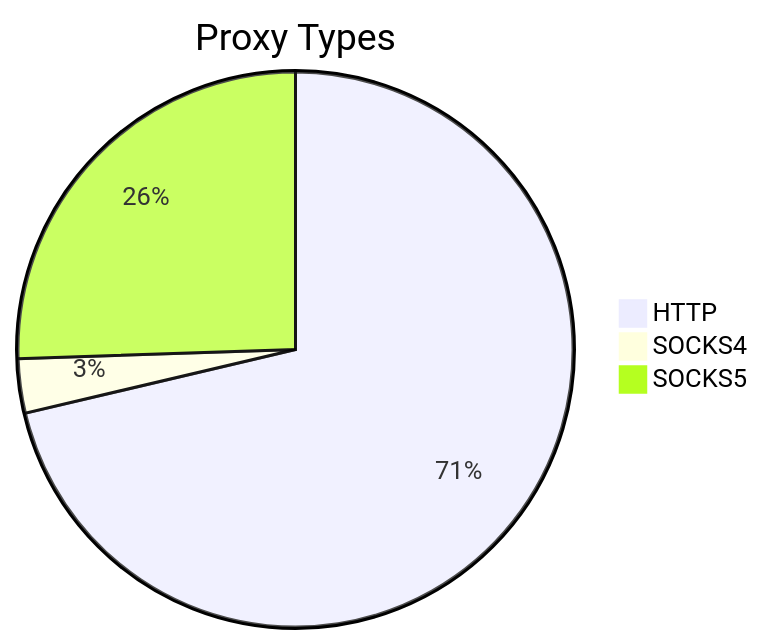
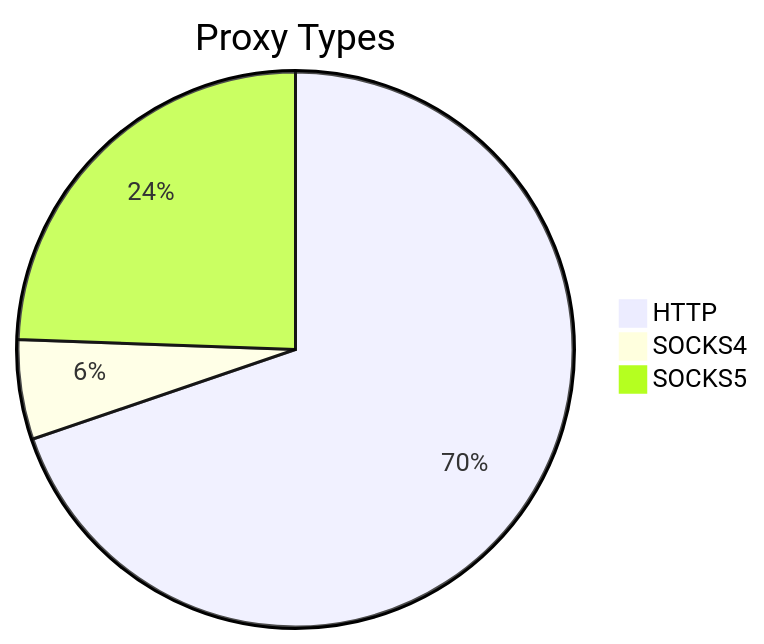
The first of 2 diagrams in README.md (stormsia/proxy-list), drawn with Mermaid before and after one commit. The commit also changed other lines of this file, not shown here.

````diff
--- a/README.md
+++ b/README.md
@@ -21,6 +21,6 @@
 ```mermaid
 pie title Proxy Types
-    "HTTP" : 271
-    "SOCKS4" : 12
-    "SOCKS5" : 97
+    "HTTP" : 337
+    "SOCKS4" : 28
+    "SOCKS5" : 118
 ```
````
